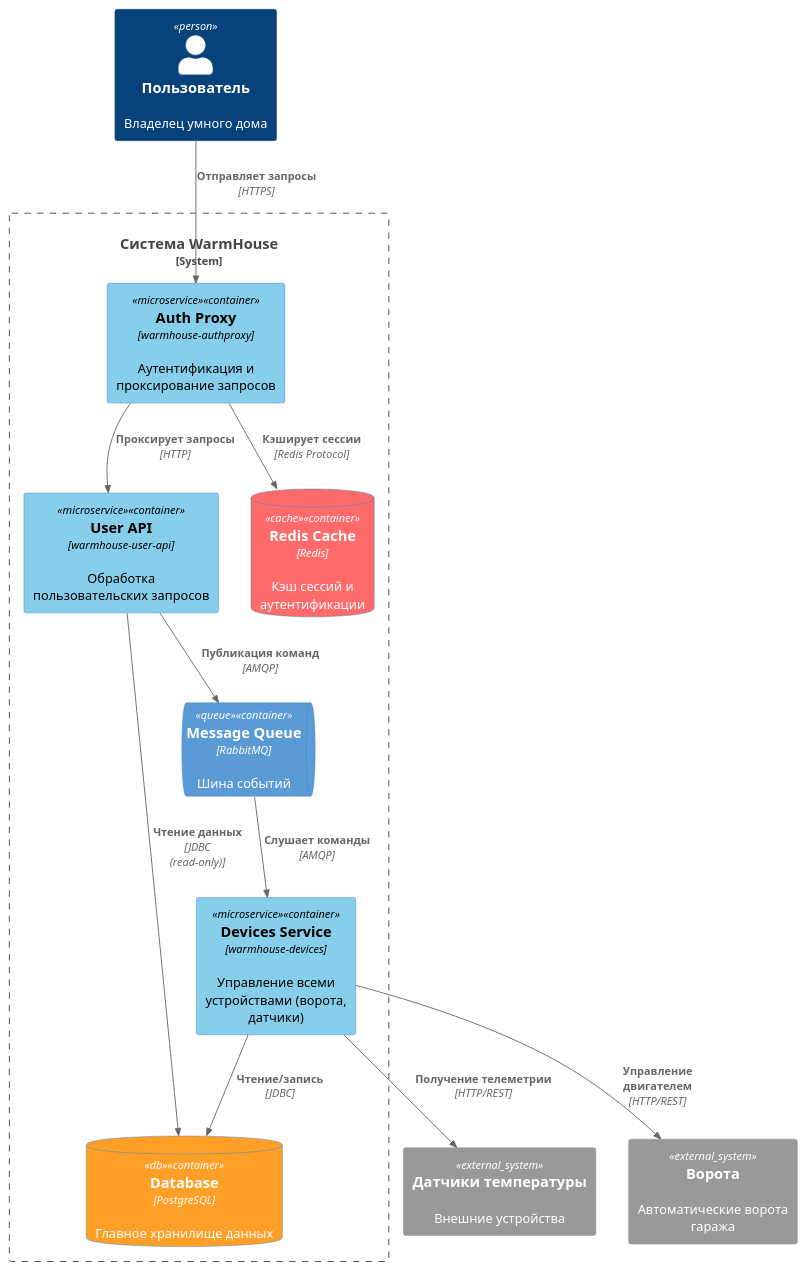
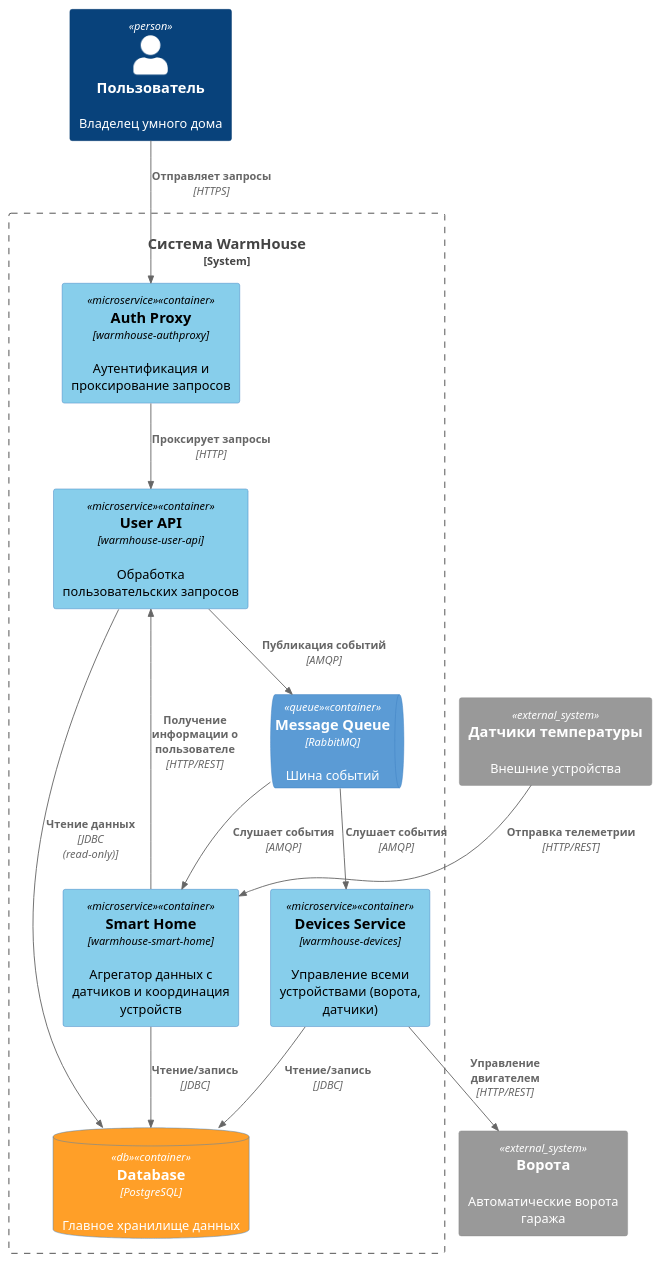
The diagram in diagrams/microservices/c4_containers/containers_diagram.puml (kalach77rus/warmhouse), drawn with PlantUML before and after one commit. The commit also changed 111 other files, not shown here.

```diff
--- a/diagrams/microservices/c4_containers/containers_diagram.puml
+++ b/diagrams/microservices/c4_containers/containers_diagram.puml
@@ -1,39 +1,40 @@
 @startuml
 !include <C4/C4_Container>
 
 AddElementTag("microservice", $bgColor="#87ceeb", $fontColor="#000000")
 AddElementTag("db", $bgColor="#ff9f28", $fontColor="#ffffff")
 AddElementTag("queue", $bgColor="#5b9bd5", $fontColor="#ffffff")
-AddElementTag("cache", $bgColor="#ff6b6b", $fontColor="#ffffff")
 AddElementTag("storage", $bgColor="#9b59b6", $fontColor="#ffffff")
 
 Person(user, "Пользователь", "Владелец умного дома")
 
 System_Boundary(warmhouse, "Система WarmHouse") {
     Container(authproxy, "Auth Proxy", "warmhouse-authproxy", "Аутентификация и проксирование запросов", $tags="microservice")
     Container(user_api, "User API", "warmhouse-user-api", "Обработка пользовательских запросов", $tags="microservice")
     Container(devices, "Devices Service", "warmhouse-devices", "Управление всеми устройствами (ворота, датчики)", $tags="microservice")
+    Container(smart_home, "Smart Home", "warmhouse-smart-home", "Агрегатор данных с датчиков и координация устройств", $tags="microservice")
     
     ContainerDb(db, "Database", "PostgreSQL", "Главное хранилище данных", $tags="db")
     ContainerQueue(queue, "Message Queue", "RabbitMQ", "Шина событий", $tags="queue")
-    ContainerDb(redis, "Redis Cache", "Redis", "Кэш сессий и аутентификации", $tags="cache")
 }
 
 Rel(user, authproxy, "Отправляет запросы", "HTTPS")
 Rel(authproxy, user_api, "Проксирует запросы", "HTTP")
-Rel(authproxy, redis, "Кэширует сессии", "Redis Protocol")
 
 Rel(user_api, db, "Чтение данных", "JDBC\n(read-only)")
 Rel(devices, db, "Чтение/запись", "JDBC")
+Rel(smart_home, db, "Чтение/запись", "JDBC")
 
-Rel(user_api, queue, "Публикация команд", "AMQP")
-Rel(queue, devices, "Слушает команды", "AMQP")
+Rel(user_api, queue, "Публикация событий", "AMQP")
+Rel(queue, devices, "Слушает события", "AMQP")
+Rel(queue, smart_home, "Слушает события", "AMQP")
 
+Rel(smart_home, user_api, "Получение информации о пользователе", "HTTP/REST")
 
 System_Ext(sensors, "Датчики температуры", "Внешние устройства")
 System_Ext(gates_hw, "Ворота", "Автоматические ворота гаража")
 
-Rel(devices, sensors, "Получение телеметрии", "HTTP/REST")
+Rel(sensors, smart_home, "Отправка телеметрии", "HTTP/REST")
 Rel(devices, gates_hw, "Управление двигателем", "HTTP/REST")
 
 @enduml
```
